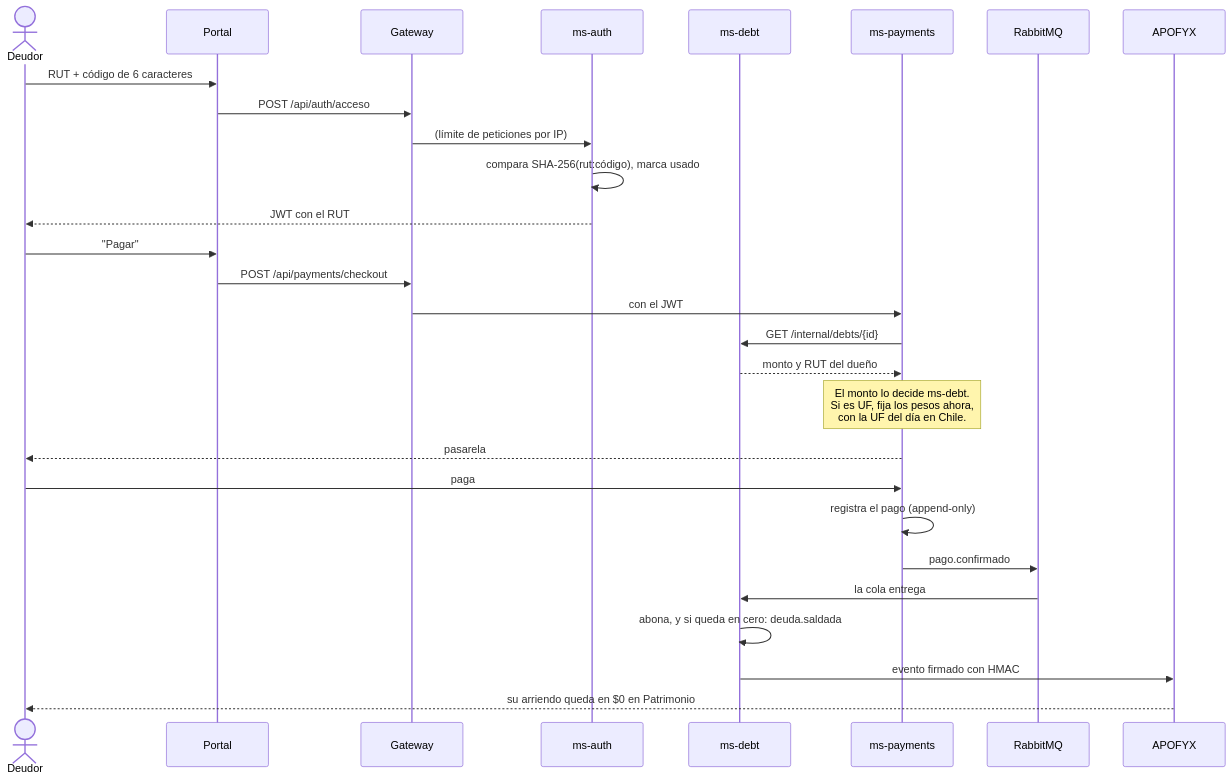
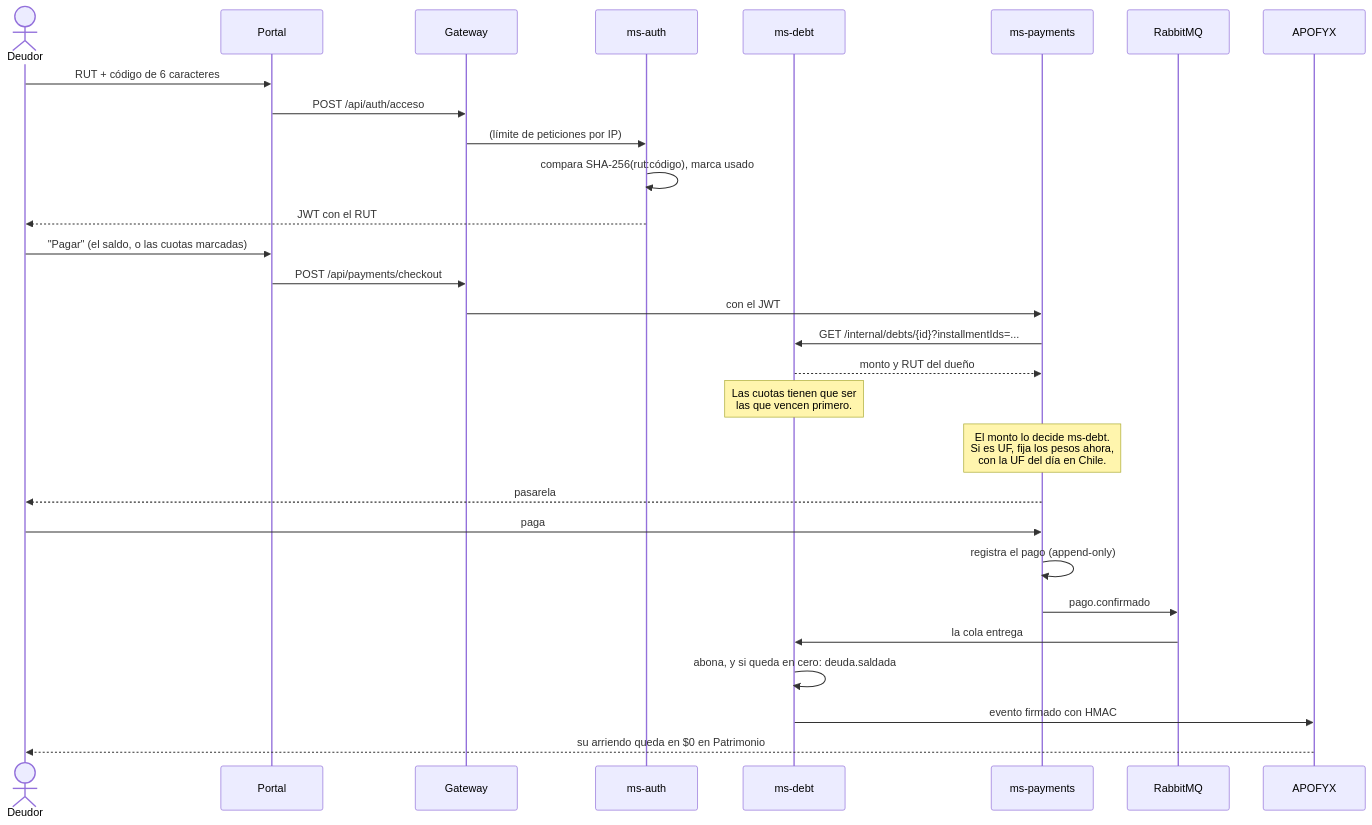
Before and after one commit to TechnicalBridge/TB_web: the sixth of 6 diagrams in README.md, drawn with Mermaid. The commit also changed other lines of this file and 45 other files, not shown here.

````diff
--- a/README.md
+++ b/README.md
@@ -435,33 +448,34 @@
 ```mermaid
 sequenceDiagram
     actor D as Deudor
     participant P as Portal
     participant G as Gateway
     participant A as ms-auth
     participant M as ms-debt
     participant Y as ms-payments
     participant R as RabbitMQ
     participant X as APOFYX
 
     D->>P: RUT + código de 6 caracteres
     P->>G: POST /api/auth/acceso
     G->>A: (límite de peticiones por IP)
     A->>A: compara SHA-256(rut:código), marca usado
     A-->>D: JWT con el RUT
 
-    D->>P: "Pagar"
+    D->>P: "Pagar" (el saldo, o las cuotas marcadas)
     P->>G: POST /api/payments/checkout
     G->>Y: con el JWT
-    Y->>M: GET /internal/debts/{id}
+    Y->>M: GET /internal/debts/{id}?installmentIds=...
     M-->>Y: monto y RUT del dueño
+    Note over M: Las cuotas tienen que ser<br/>las que vencen primero.
     Note over Y: El monto lo decide ms-debt.<br/>Si es UF, fija los pesos ahora,<br/>con la UF del día en Chile.
     Y-->>D: pasarela
 
     D->>Y: paga
     Y->>Y: registra el pago (append-only)
     Y->>R: pago.confirmado
     R->>M: la cola entrega
     M->>M: abona, y si queda en cero: deuda.saldada
     M->>X: evento firmado con HMAC
     X-->>D: su arriendo queda en $0 en Patrimonio
 ```
````
